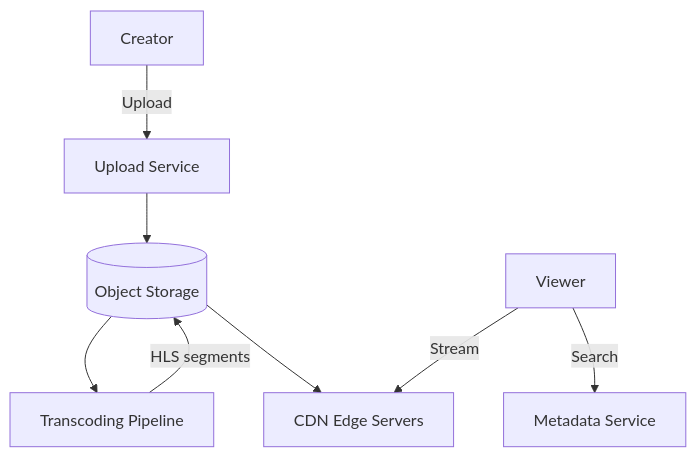
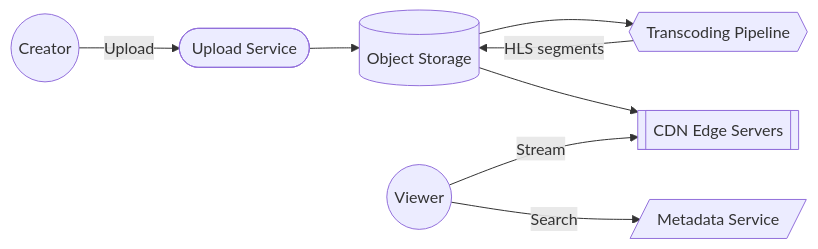
The fifth of 12 diagrams in docs/interview/system-design.md (saivamsikaruturi/vamsilabs-dev-notes-main), drawn with Mermaid before and after one commit. The commit also changed other lines of this file and 146 other files, not shown here.

Commit message:
Horizontal diagrams, UML class diagrams, typography overhaul, and permalink cleanup

````diff
--- a/docs/interview/system-design.md
+++ b/docs/interview/system-design.md
@@ -330,10 +330,10 @@
     ```mermaid
-    flowchart TD
-        Creator -->|Upload| US[Upload Service]
+    flowchart LR
+        Creator(("Creator")) -->|Upload| US(["Upload Service"])
         US --> S3[(Object Storage)]
-        S3 --> TP[Transcoding Pipeline]
+        S3 --> TP{{"Transcoding Pipeline"}}
         TP -->|HLS segments| S3
-        S3 --> CDN[CDN Edge Servers]
-        Viewer -->|Stream| CDN
-        Viewer -->|Search| Meta[Metadata Service]
+        S3 --> CDN[["CDN Edge Servers"]]
+        Viewer(("Viewer")) -->|Stream| CDN
+        Viewer -->|Search| Meta[/"Metadata Service"/]
     ```
````
